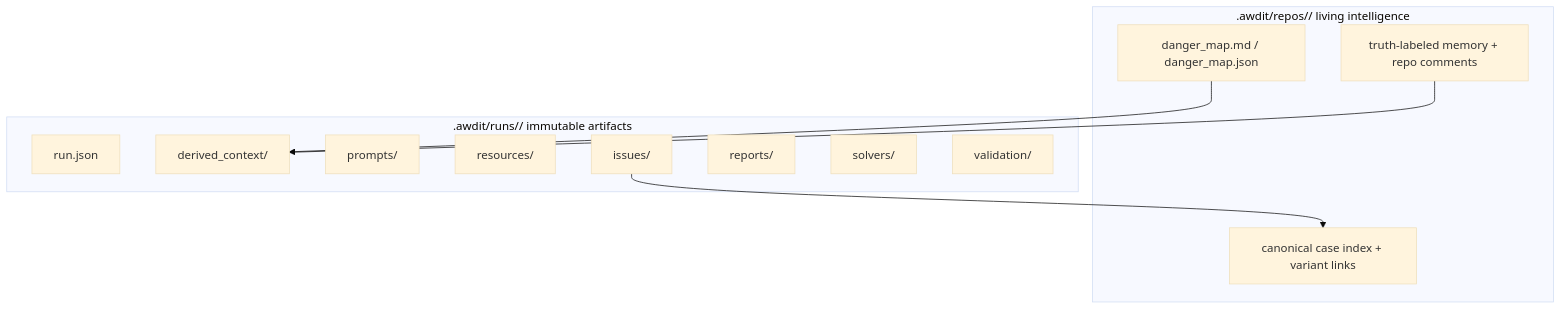
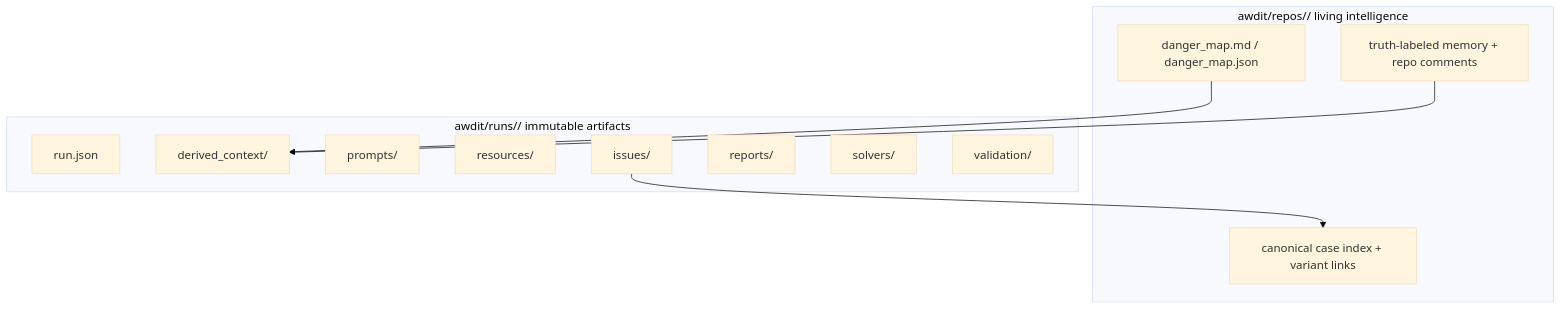
Before and after one commit to danflo27/awdit: the third of 3 diagrams in docs/architecture.md, drawn with Mermaid (base theme). The commit also changed other lines of this file and 14 other files, not shown here.

Commit message:
codify awdit runtime roots and repo config scaffolding

````diff
--- a/docs/architecture.md
+++ b/docs/architecture.md
@@ -395,23 +395,23 @@
 ```mermaid
 flowchart TB
-    subgraph Repo[".awdit/repos/<repo_key>/ living intelligence"]
+    subgraph Repo["awdit/repos/<repo_key>/ living intelligence"]
         DM["danger_map.md / danger_map.json"]
         RM["truth-labeled memory + repo comments"]
         CI["canonical case index + variant links"]
     end
 
-    subgraph Run[".awdit/runs/<run_id>/ immutable artifacts"]
+    subgraph Run["awdit/runs/<run_id>/ immutable artifacts"]
         RJ["run.json"]
         DG["derived_context/"]
         PR["prompts/"]
         RE["resources/"]
         IS["issues/"]
         RP["reports/"]
         SV["solvers/"]
         VA["validation/"]
     end
 
     DM --> DG
     RM --> DG
     IS --> CI
 ```
````
